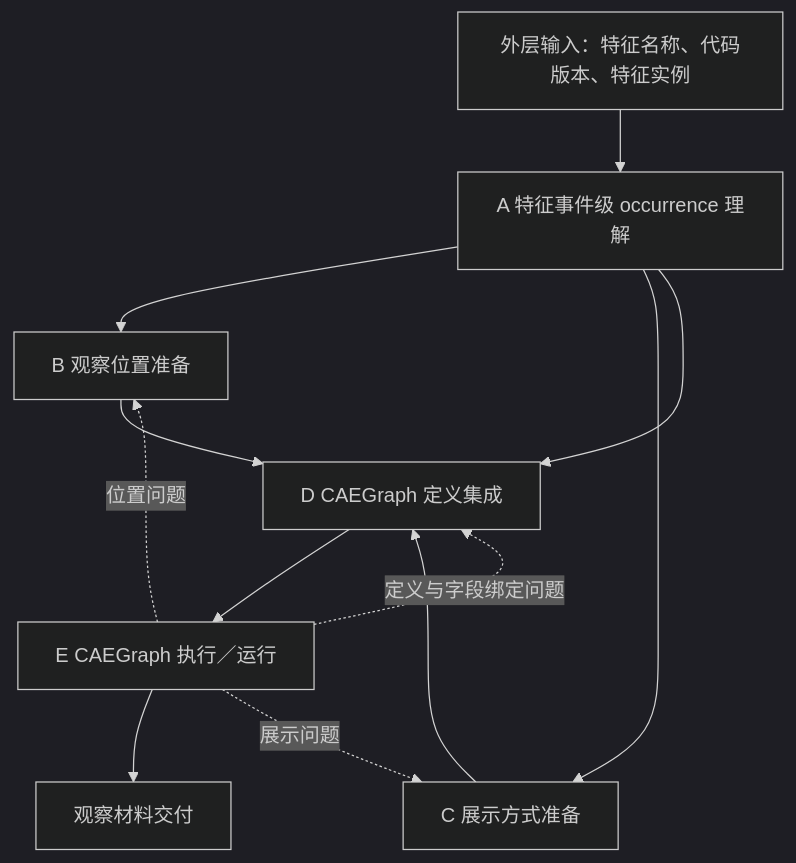
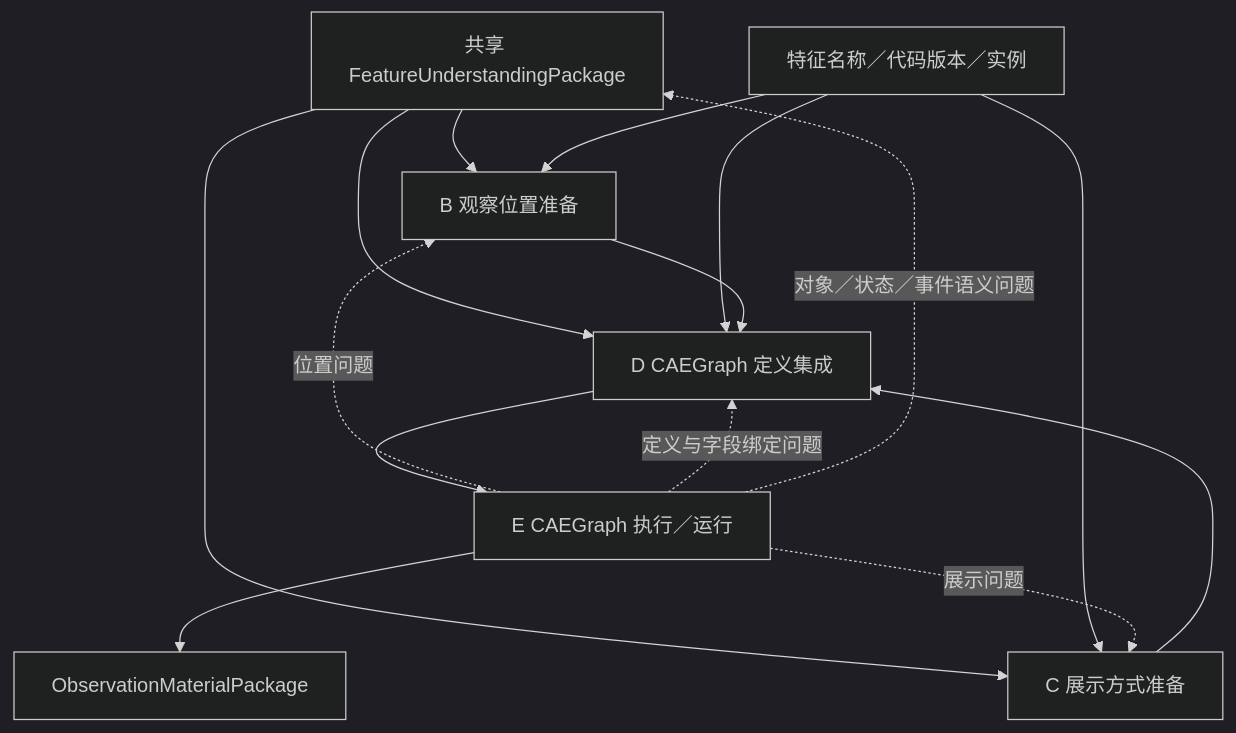
The diagram in control/02_L1_观察材料准备流程.md (daowei2026/observe-iterate), drawn with Mermaid (dark theme) before and after one commit. The commit also changed other lines of this file, not shown here.

Commit message:
docs: move feature understanding outside observation workflow

````diff
--- a/control/02_L1_观察材料准备流程.md
+++ b/control/02_L1_观察材料准备流程.md
@@ -29,14 +38,17 @@
 ```mermaid
 flowchart TD
-  I[外层输入：特征名称、代码版本、特征实例] --> A[A 特征事件级 occurrence 理解]
-  A --> B[B 观察位置准备]
-  A --> C[C 展示方式准备]
-  A --> D[D CAEGraph 定义集成]
+  U[共享 FeatureUnderstandingPackage] --> B[B 观察位置准备]
+  U --> C[C 展示方式准备]
+  U --> D[D CAEGraph 定义集成]
+  I[特征名称／代码版本／实例] --> B
+  I --> C
+  I --> D
   B --> D
   C --> D
   D --> E[E CAEGraph 执行／运行]
-  E --> O[观察材料交付]
+  E --> O[ObservationMaterialPackage]
   E -. 位置问题 .-> B
   E -. 展示问题 .-> C
   E -. 定义与字段绑定问题 .-> D
+  E -. 对象／状态／事件语义问题 .-> U
 ```
````
